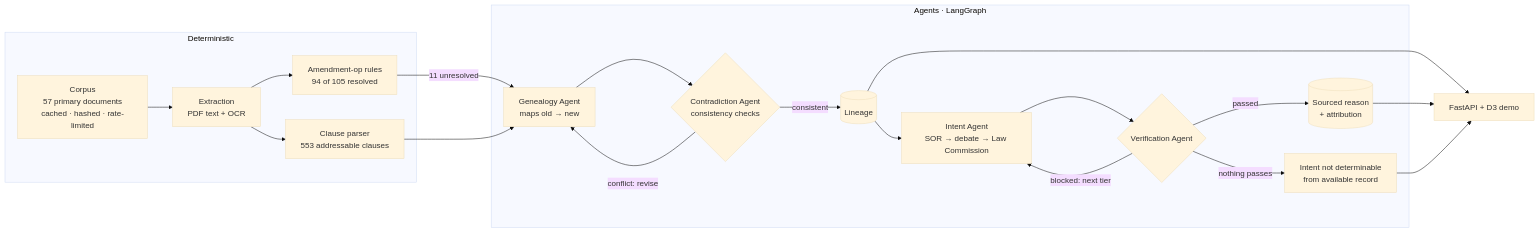
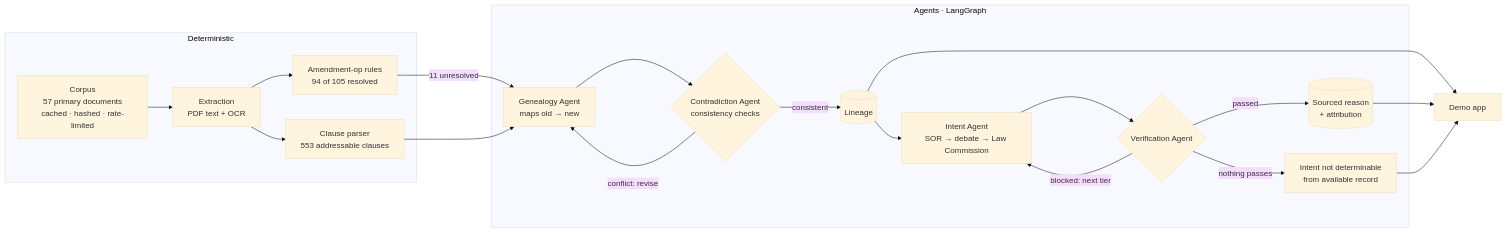
One commit to rishitudikeri3-rgb/openSansaad changed the diagram in README.md. Above: the diagram before and after it, drawn with Mermaid (base theme). The commit also changed other lines of this file and 4 other files, not shown here.

Commit message:
Demo: plain reader-facing app; technical explanation moved to the README

````diff
--- a/README.md
+++ b/README.md
@@ -47,23 +71,23 @@
 ```mermaid
 flowchart LR
     subgraph Deterministic
       A[Corpus<br/>57 primary documents<br/>cached · hashed · rate-limited] --> B[Extraction<br/>PDF text + OCR]
       B --> C[Clause parser<br/>553 addressable clauses]
       B --> D[Amendment-op rules<br/>94 of 105 resolved]
     end
     subgraph Agents [Agents · LangGraph]
       D -- 11 unresolved --> G[Genealogy Agent<br/>maps old → new]
       G --> K{Contradiction Agent<br/>consistency checks}
       K -- conflict: revise --> G
       K -- consistent --> L[(Lineage)]
       L --> I[Intent Agent<br/>SOR → debate → Law Commission]
       I --> V{Verification Agent}
       V -- blocked: next tier --> I
       V -- passed --> R[(Sourced reason<br/>+ attribution)]
       V -- nothing passes --> N[Intent not determinable<br/>from available record]
     end
     C --> G
-    L --> UI[FastAPI + D3 demo]
+    L --> UI[Demo app]
     R --> UI
     N --> UI
 ```
````
